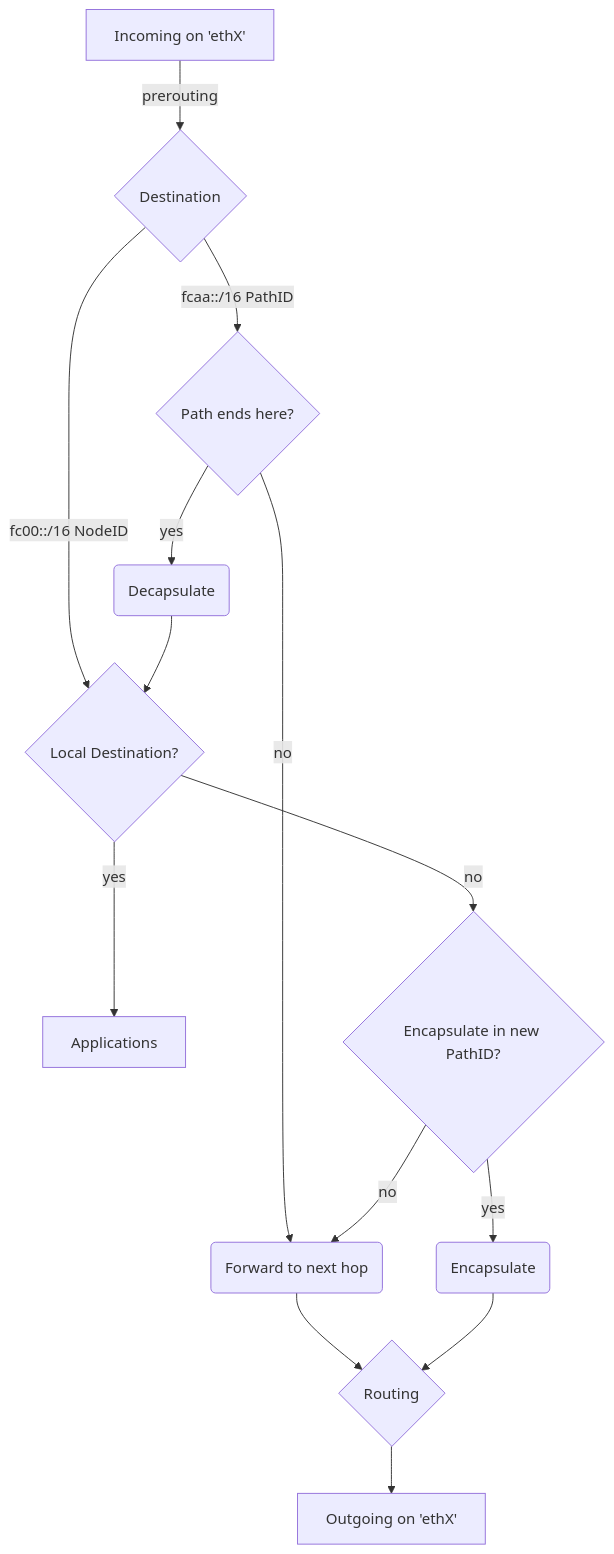
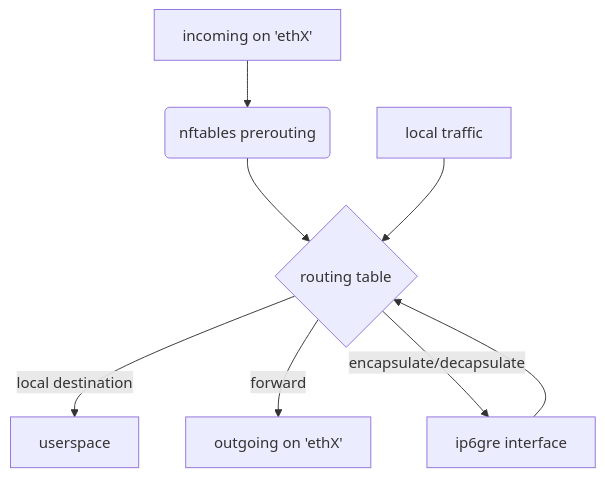
The diagram in forwarding/README.MD (kit-tm/KIRA-Rust), drawn with Mermaid before and after one commit. The commit also changed other lines of this file, not shown here.

````diff
--- a/forwarding/README.MD
+++ b/forwarding/README.MD
@@ -27,16 +27,13 @@
 ```mermaid
-    graph TD
-    A[Incoming on 'ethX'] -->|prerouting| B{Destination}
-    B --> |fcaa::/16 PathID| C{Path ends here?}
-    B --> |fc00::/16 NodeID| F
-    C --> |yes| G(Decapsulate)
-    G --> F{Local Destination?}
-    C --> |no| H(Forward to next hop)
-    H --> I{Routing}
-    I --> Z[Outgoing on 'ethX']
-    F --> |yes|J[Applications]
-    F --> |no| K{Encapsulate in new PathID?}
-    K --> |no| H
-    K --> |yes| L(Encapsulate)
-    L --> I
+    flowchart TD
+    A[incoming on 'ethX'] --> B
+    B(nftables prerouting) --> C
+    C{routing table} --> |local destination| D
+    C --> |forward| F
+    C --> |encapsulate/decapsulate| E
+    D[userspace]
+    E[ip6gre interface]
+    E --> C
+    F[outgoing on 'ethX']
+    G[local traffic] --> C
 ```
````
